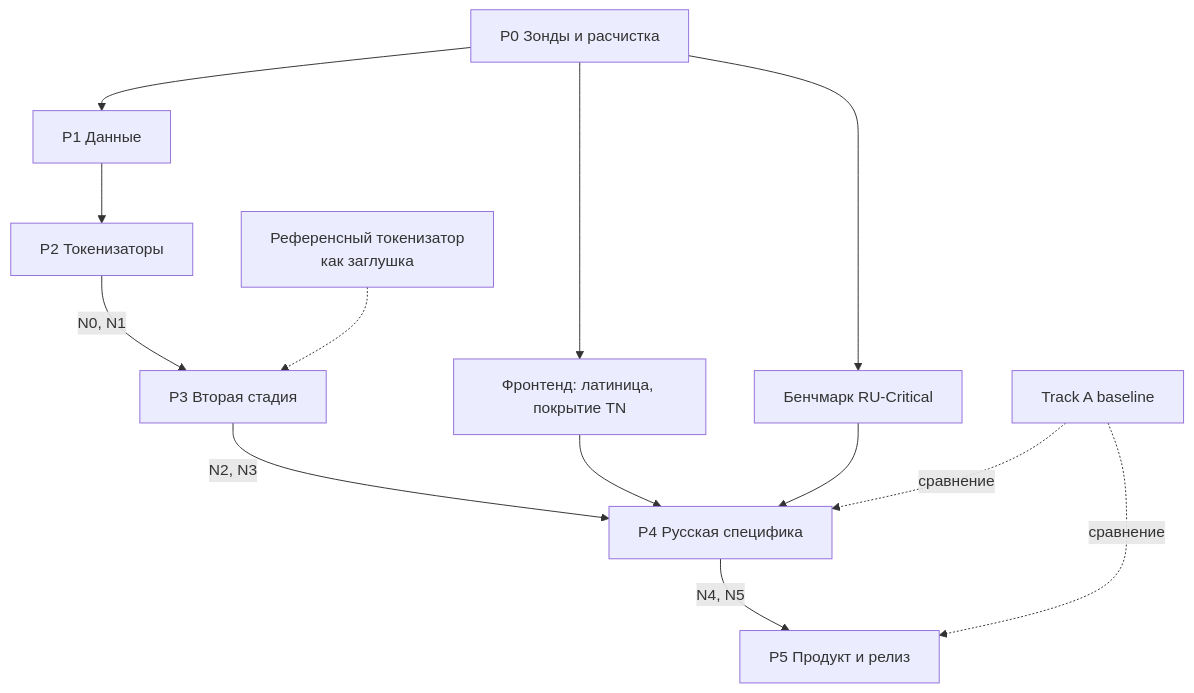
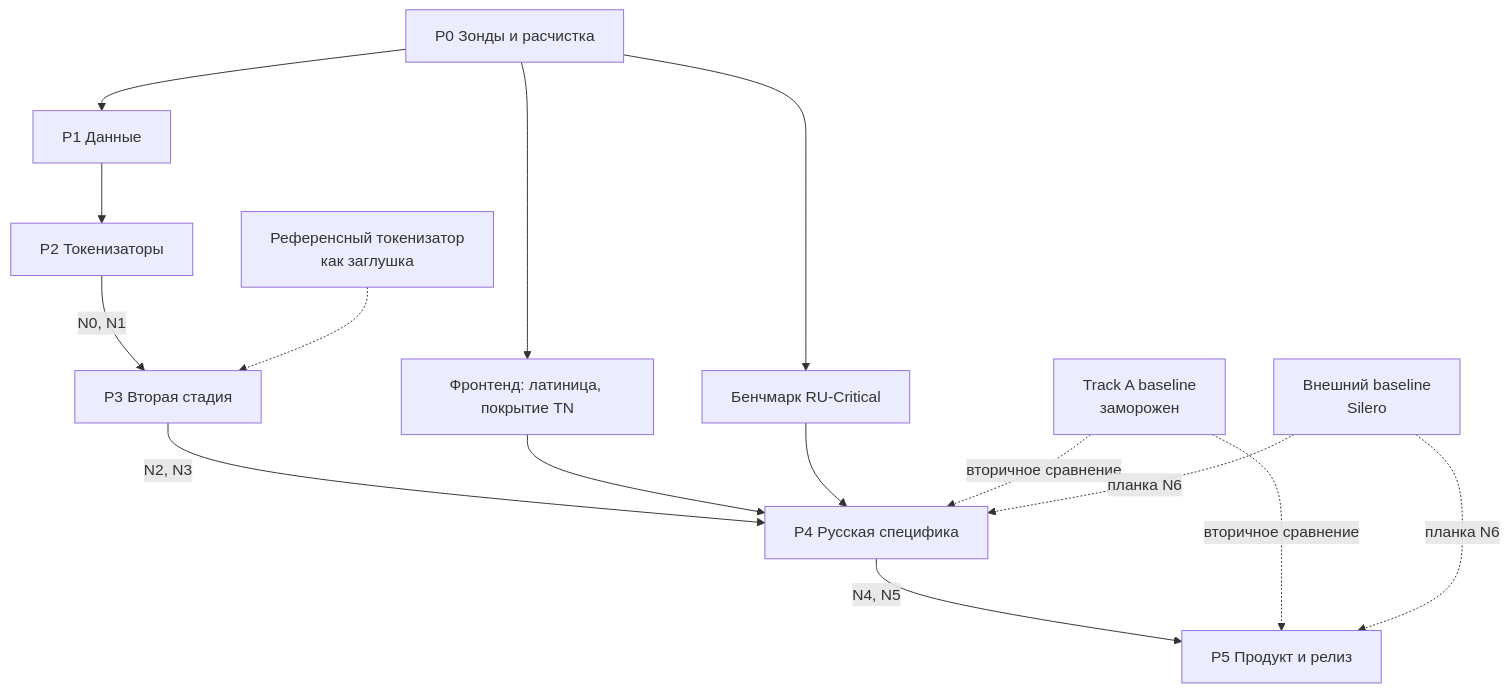
One commit to AdamCage/tts-self changed the diagram in .cursor/methodology/09_roadmap.md. Above: the diagram before and after it, drawn with Mermaid. The commit also changed other lines of this file and 39 other files, not shown here.

````diff
--- a/.cursor/methodology/09_roadmap.md
+++ b/.cursor/methodology/09_roadmap.md
@@ -139,15 +178,17 @@
 ```mermaid
 graph TD
     P0[P0 Зонды и расчистка] --> P1[P1 Данные]
     P0 --> BENCH[Бенчмарк RU-Critical]
     P0 --> FE[Фронтенд: латиница, покрытие TN]
     P1 --> P2[P2 Токенизаторы]
     P2 -->|N0, N1| P3[P3 Вторая стадия]
     REF[Референсный токенизатор<br/>как заглушка] -.-> P3
     P3 -->|N2, N3| P4[P4 Русская специфика]
     FE --> P4
     BENCH --> P4
     P4 -->|N4, N5| P5[P5 Продукт и релиз]
-    TRACKA[Track A baseline] -.сравнение.-> P4
-    TRACKA -.сравнение.-> P5
+    TRACKA[Track A baseline<br/>заморожен] -.вторичное сравнение.-> P4
+    TRACKA -.вторичное сравнение.-> P5
+    EXT[Внешний baseline<br/>Silero] -.планка N6.-> P4
+    EXT -.планка N6.-> P5
 ```
````
